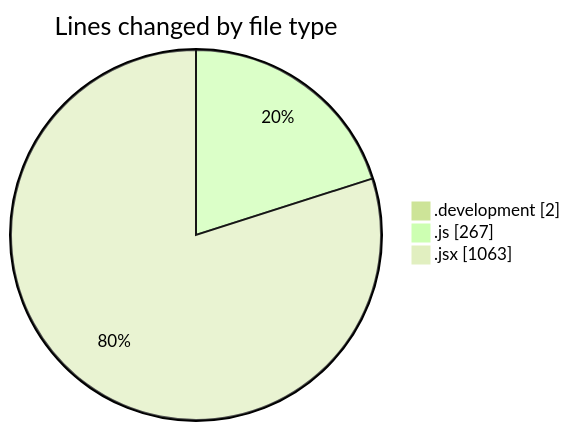
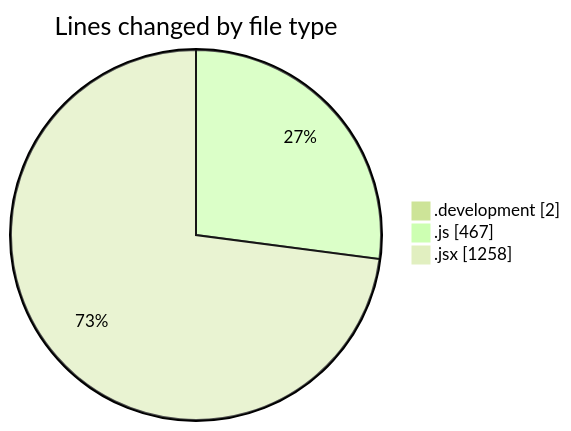
One commit to nxtqubesakshisongat/code-tracking changed the first of 2 diagrams in 2025-11-10/nxtqube_webapp/README.md. Above: the diagram before and after it, drawn with Mermaid (forest theme). The commit also changed other lines of this file and 1 other file, not shown here.

````diff
--- a/2025-11-10/nxtqube_webapp/README.md
+++ b/2025-11-10/nxtqube_webapp/README.md
@@ -26,7 +28,7 @@
 ```mermaid
 pie showData
 title Lines changed by file type
 ".development" : 2
-".js" : 267
-".jsx" : 1063
+".js" : 467
+".jsx" : 1258
 ```
````
